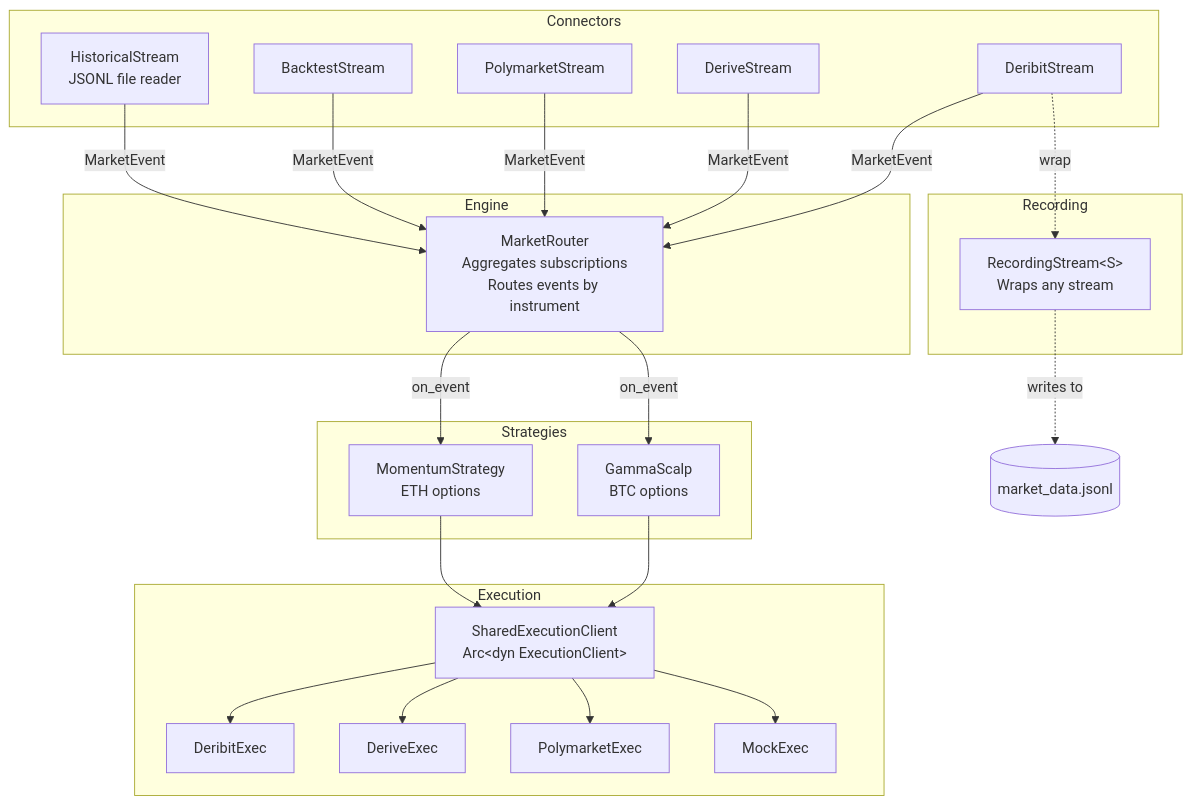
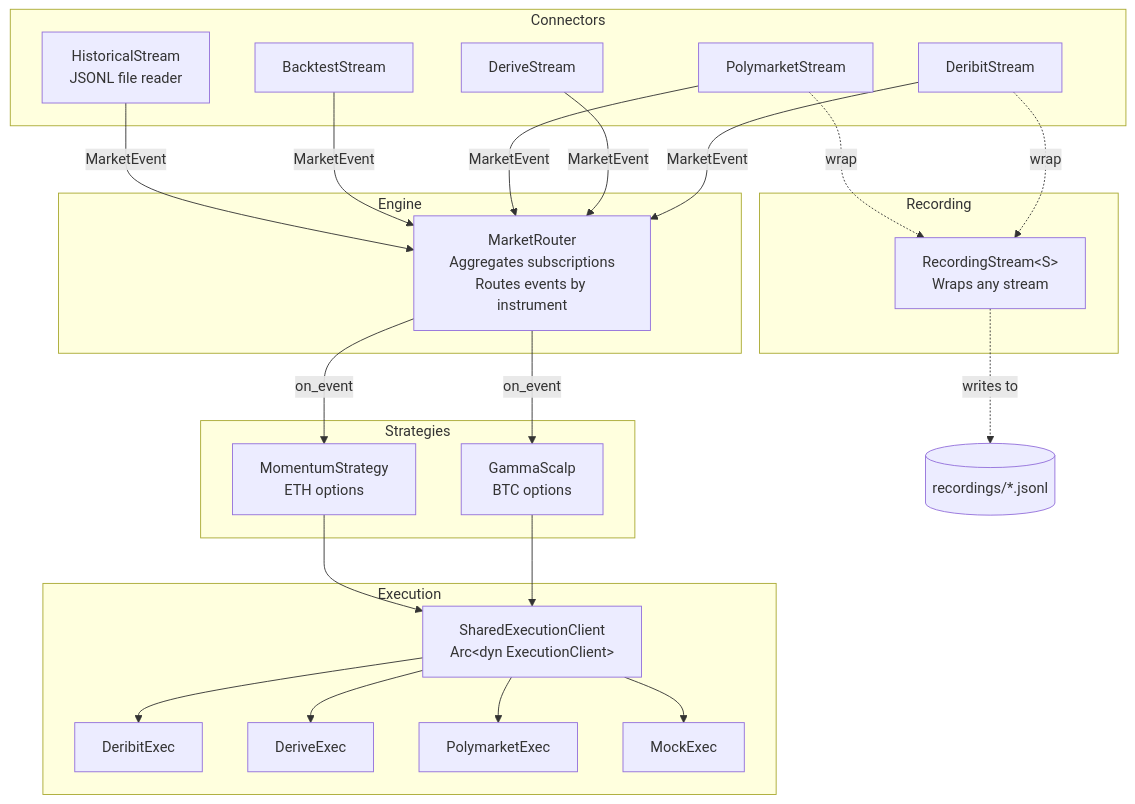
One commit to Thomas-Redding/cracker3 changed the diagram in README.md. Above: the diagram before and after it, drawn with Mermaid. The commit also changed other lines of this file, not shown here.

````diff
--- a/README.md
+++ b/README.md
@@ -70,50 +70,51 @@
 ```mermaid
 graph TD
     subgraph Connectors
         DS[DeribitStream]
         DRS[DeriveStream]
         PS[PolymarketStream]
         BS[BacktestStream]
         HS[HistoricalStream<br/>JSONL file reader]
     end
 
     subgraph Recording
         RS[RecordingStream&lt;S&gt;<br/>Wraps any stream]
     end
 
     subgraph Engine
         MR[MarketRouter<br/>Aggregates subscriptions<br/>Routes events by instrument]
     end
 
     subgraph Strategies
         S1[GammaScalp<br/>BTC options]
         S2[MomentumStrategy<br/>ETH options]
     end
 
     subgraph Execution
         SEC[SharedExecutionClient<br/>Arc&lt;dyn ExecutionClient&gt;]
         DE[DeribitExec]
         DRE[DeriveExec]
         PE[PolymarketExec]
         ME[MockExec]
     end
 
     DS -->|MarketEvent| MR
     DRS -->|MarketEvent| MR
     PS -->|MarketEvent| MR
     BS -->|MarketEvent| MR
     HS -->|MarketEvent| MR
     
     DS -.->|wrap| RS
-    RS -.->|writes to| JSONL[(market_data.jsonl)]
+    PS -.->|wrap| RS
+    RS -.->|writes to| JSONL[(recordings/*.jsonl)]
 
     MR -->|on_event| S1
     MR -->|on_event| S2
 
     S1 --> SEC
     S2 --> SEC
     SEC --> DE
     SEC --> DRE
     SEC --> PE
     SEC --> ME
 ```
````
